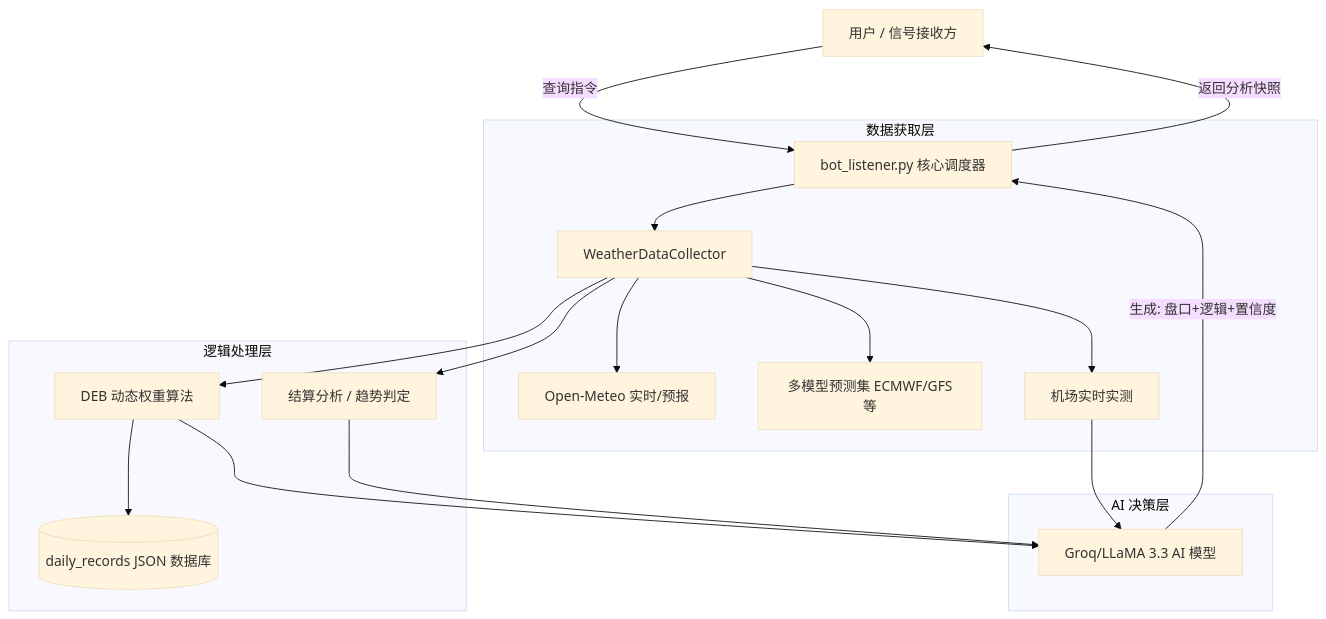
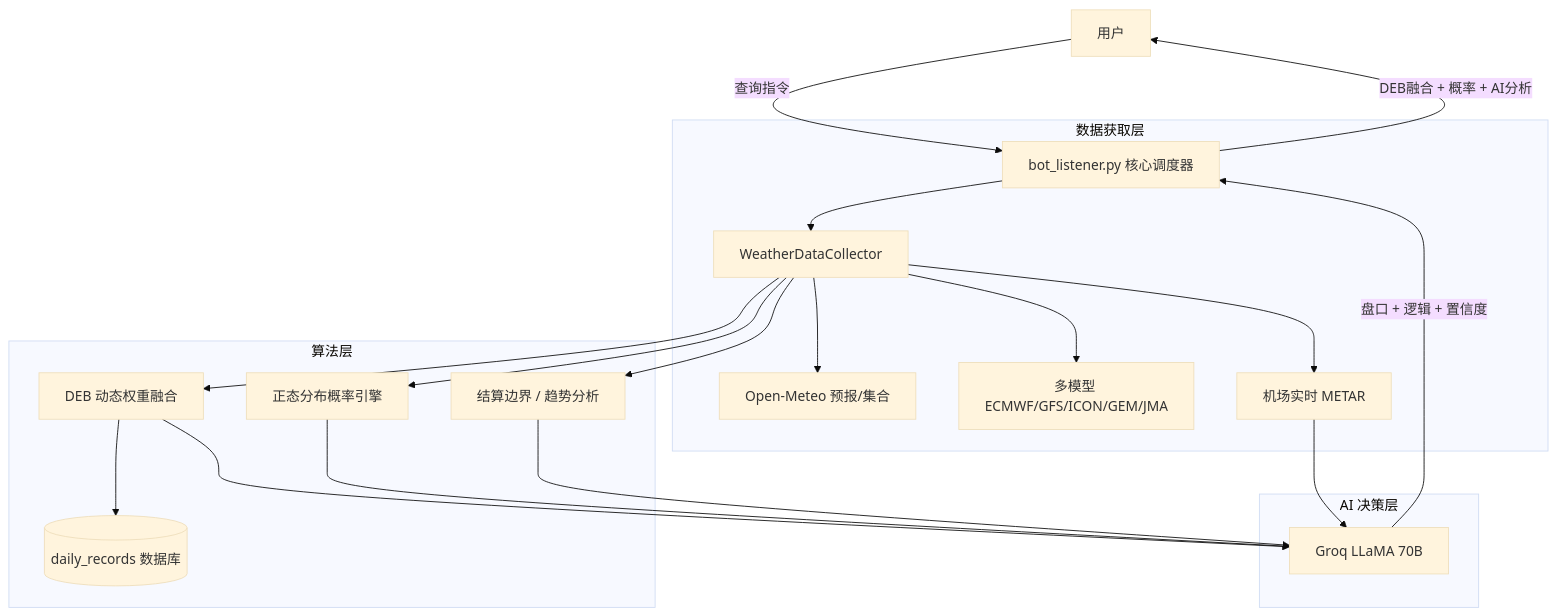
Before and after one commit to yangyuan-zhen/PolyWeather: the diagram in README_ZH.md, drawn with Mermaid (base theme). The commit also changed other lines of this file and 1 other file, not shown here.

Commit message:
docs: full sync with probability engine, AI retry, and DEB self-learning

````diff
--- a/README_ZH.md
+++ b/README_ZH.md
@@ -82,26 +92,28 @@
 ```mermaid
 graph TD
-    User[用户 / 信号接收方] -->|查询指令| Bot[bot_listener.py 核心调度器]
+    User[用户] -->|查询指令| Bot[bot_listener.py 核心调度器]
 
     subgraph 数据获取层
         Bot --> Collector[WeatherDataCollector]
-        Collector --> OM[Open-Meteo 实时/预报]
-        Collector --> MM[多模型预测集 ECMWF/GFS等]
-        Collector --> METAR[机场实时实测]
+        Collector --> OM[Open-Meteo 预报/集合]
+        Collector --> MM[多模型 ECMWF/GFS/ICON/GEM/JMA]
+        Collector --> METAR[机场实时 METAR]
     end
 
-    subgraph 逻辑处理层
-        Collector --> DEB[DEB 动态权重算法]
-        DEB --> DB[(daily_records JSON 数据库)]
-        Collector --> Logic[结算分析 / 趋势判定]
+    subgraph 算法层
+        Collector --> DEB[DEB 动态权重融合]
+        DEB --> DB[(daily_records 数据库)]
+        Collector --> Prob[正态分布概率引擎]
+        Collector --> Logic[结算边界 / 趋势分析]
     end
 
     subgraph AI 决策层
-        DEB --> AIAnalyzer[Groq/LLaMA 3.3 AI 模型]
-        Logic --> AIAnalyzer
-        METAR --> AIAnalyzer
+        DEB --> AI[Groq LLaMA 70B]
+        Prob --> AI
+        Logic --> AI
+        METAR --> AI
     end
 
-    AIAnalyzer -->|生成: 盘口+逻辑+置信度| Bot
-    Bot -->|返回分析快照| User
+    AI -->|盘口 + 逻辑 + 置信度| Bot
+    Bot -->|DEB融合 + 概率 + AI分析| User
 ```
````
